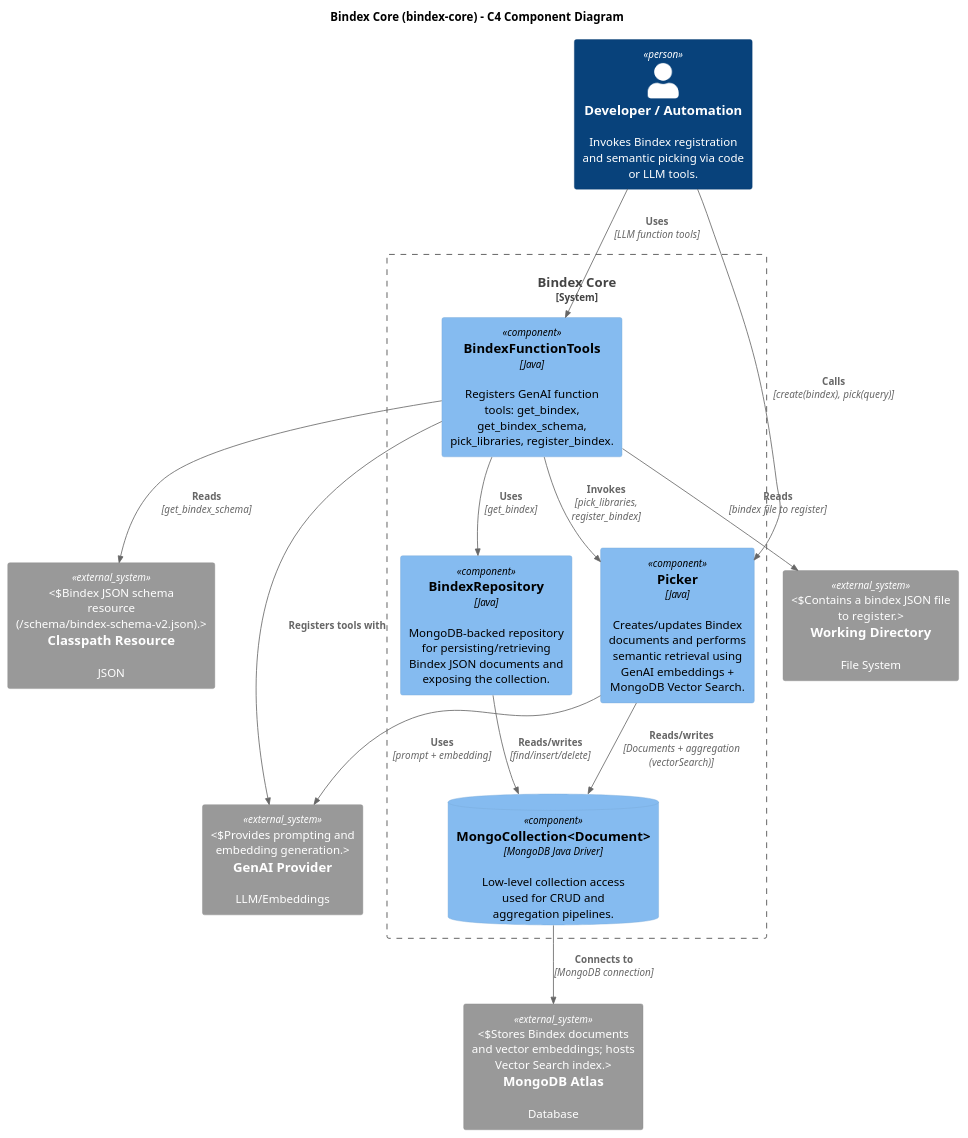
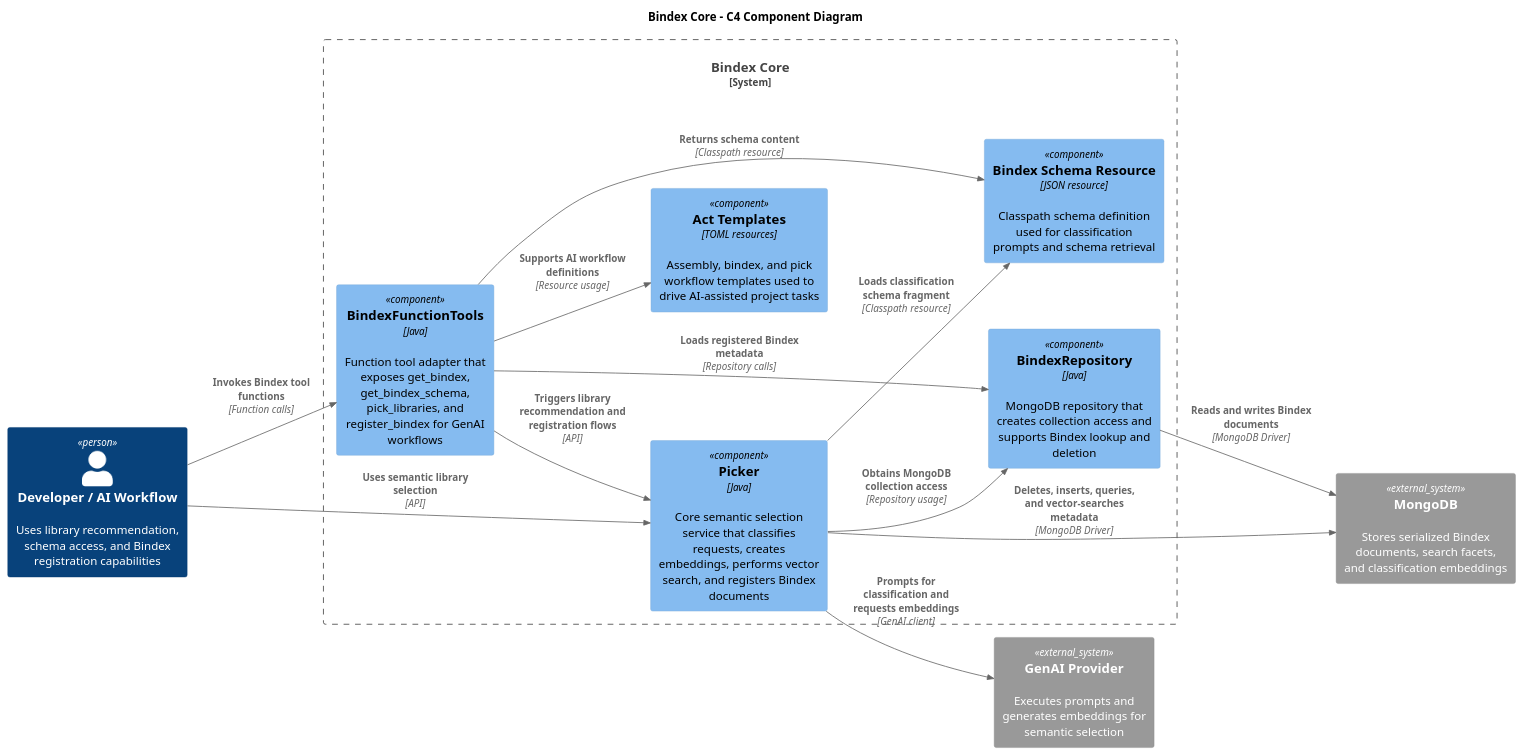
Before and after one commit to machanism-org/machai: the diagram in bindex-core/src/site/puml/c4-diagram.puml, drawn with PlantUML. The commit also changed other lines of this file and 15 other files, not shown here.

Commit message:
updated javadoc and site documents, removed prompts.properties.

```diff
--- a/bindex-core/src/site/puml/c4-diagram.puml
+++ b/bindex-core/src/site/puml/c4-diagram.puml
@@ -11,37 +10,32 @@
 @startuml
-!include https://raw.githubusercontent.com/plantuml-stdlib/C4-PlantUML/master/C4_Component.puml
+!includeurl https://raw.githubusercontent.com/plantuml-stdlib/C4-PlantUML/master/C4_Component.puml
 
-title Bindex Core (bindex-core) - C4 Component Diagram
+LAYOUT_LEFT_RIGHT()
 
-Person(user, "Developer / Automation", "Invokes Bindex registration and semantic picking via code or LLM tools.")
+title Bindex Core - C4 Component Diagram
 
-System_Boundary(bc, "Bindex Core") {
-  Component(picker, "Picker", "Java", "Creates/updates Bindex documents and performs semantic retrieval using GenAI embeddings + MongoDB Vector Search.")
-  Component(bindexRepository, "BindexRepository", "Java", "MongoDB-backed repository for persisting/retrieving Bindex JSON documents and exposing the collection.")
-  Component(functionTools, "BindexFunctionTools", "Java", "Registers GenAI function tools: get_bindex, get_bindex_schema, pick_libraries, register_bindex.")
+Person(dev, "Developer / AI Workflow", "Uses library recommendation, schema access, and Bindex registration capabilities")
+System_Ext(mongo, "MongoDB", "Stores serialized Bindex documents, search facets, and classification embeddings")
+System_Ext(genai, "GenAI Provider", "Executes prompts and generates embeddings for semantic selection")
 
-  ComponentDb(mongoCollection, "MongoCollection<Document>", "MongoDB Java Driver", "Low-level collection access used for CRUD and aggregation pipelines.")
+System_Boundary(bindex_core, "Bindex Core") {
+  Component(picker, "Picker", "Java", "Core semantic selection service that classifies requests, creates embeddings, performs vector search, and registers Bindex documents")
+  Component(repository, "BindexRepository", "Java", "MongoDB repository that creates collection access and supports Bindex lookup and deletion")
+  Component(functionTools, "BindexFunctionTools", "Java", "Function tool adapter that exposes get_bindex, get_bindex_schema, pick_libraries, and register_bindex for GenAI workflows")
+  Component(actsResources, "Act Templates", "TOML resources", "Assembly, bindex, and pick workflow templates used to drive AI-assisted project tasks")
+  Component(schemaResource, "Bindex Schema Resource", "JSON resource", "Classpath schema definition used for classification prompts and schema retrieval")
 }
 
-System_Ext(genai, "GenAI Provider", "LLM/Embeddings", "Provides prompting and embedding generation.")
-System_Ext(mongo, "MongoDB Atlas", "Database", "Stores Bindex documents and vector embeddings; hosts Vector Search index.")
-System_Ext(projectFs, "Working Directory", "File System", "Contains a bindex JSON file to register.")
-System_Ext(schemaRes, "Classpath Resource", "JSON", "Bindex JSON schema resource (/schema/bindex-schema-v2.json).")
-
-Rel(user, picker, "Calls", "create(bindex), pick(query)")
-Rel(user, functionTools, "Uses", "LLM function tools")
-
-Rel(picker, genai, "Uses", "prompt + embedding")
-Rel(picker, mongoCollection, "Reads/writes", "Documents + aggregation (vectorSearch)")
-
-Rel(bindexRepository, mongoCollection, "Reads/writes", "find/insert/delete")
-
-Rel(functionTools, genai, "Registers tools with")
-Rel(functionTools, bindexRepository, "Uses", "get_bindex")
-Rel(functionTools, schemaRes, "Reads", "get_bindex_schema")
-Rel(functionTools, picker, "Invokes", "pick_libraries, register_bindex")
-Rel(functionTools, projectFs, "Reads", "bindex file to register")
-
-Rel(mongoCollection, mongo, "Connects to", "MongoDB connection")
+Rel(dev, functionTools, "Invokes Bindex tool functions", "Function calls")
+Rel(dev, picker, "Uses semantic library selection", "API")
+Rel(functionTools, repository, "Loads registered Bindex metadata", "Repository calls")
+Rel(functionTools, picker, "Triggers library recommendation and registration flows", "API")
+Rel(functionTools, schemaResource, "Returns schema content", "Classpath resource")
+Rel(functionTools, actsResources, "Supports AI workflow definitions", "Resource usage")
+Rel(picker, repository, "Obtains MongoDB collection access", "Repository usage")
+Rel(repository, mongo, "Reads and writes Bindex documents", "MongoDB Driver")
+Rel(picker, mongo, "Deletes, inserts, queries, and vector-searches metadata", "MongoDB Driver")
+Rel(picker, genai, "Prompts for classification and requests embeddings", "GenAI client")
+Rel(picker, schemaResource, "Loads classification schema fragment", "Classpath resource")
 
 @enduml
```
